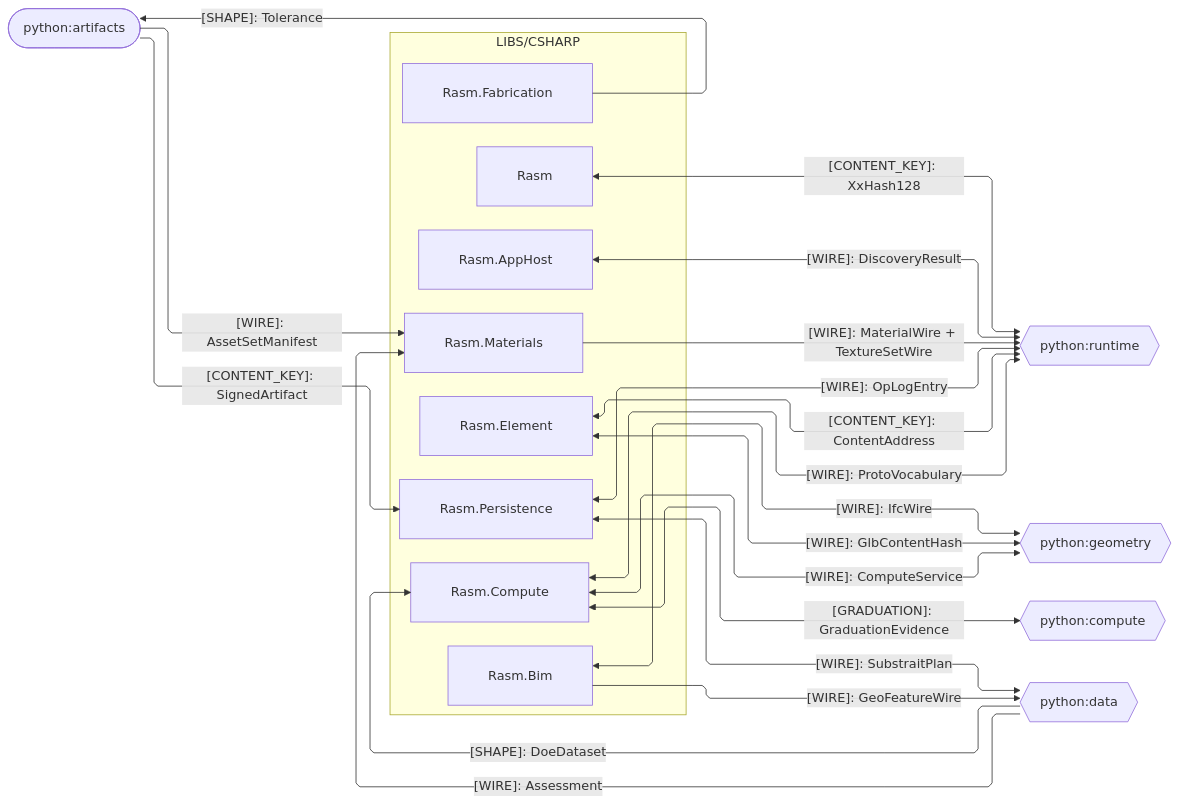
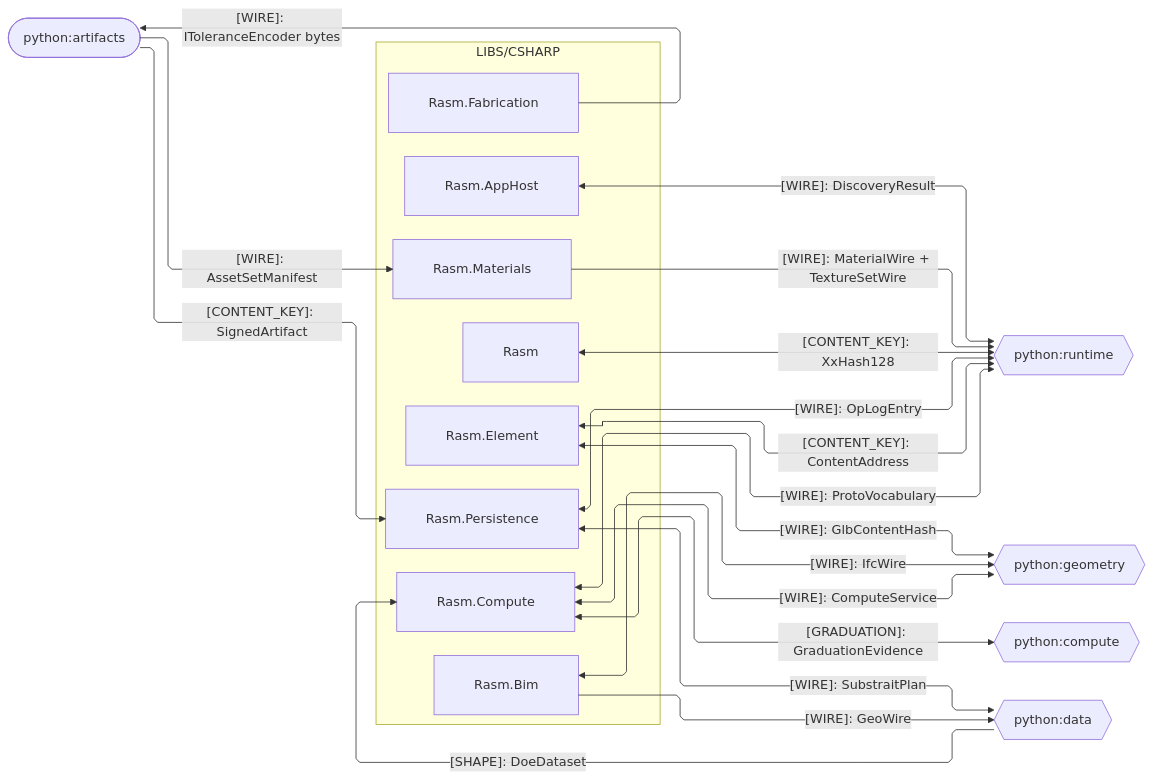
One commit to bsamiee/Rasm changed the second of 5 diagrams in libs/csharp/.planning/ARCHITECTURE.md. Above: the diagram before and after it, drawn with Mermaid. The commit also changed other lines of this file and 747 other files, not shown here.

````diff
--- a/libs/csharp/.planning/ARCHITECTURE.md
+++ b/libs/csharp/.planning/ARCHITECTURE.md
@@ -110,44 +111,43 @@
 ```mermaid
 ---
 config:
   layout: elk
   flowchart:
     curve: linear
     padding: 25
 ---
 flowchart LR
     accTitle: C# branch python seam registry
     accDescr: C# packages exchanging kinded contract shapes with the python packages — data-bearing kinds and shape contracts as labeled edges — bidirectional peers as hexagons, one-way sources and sinks as stadiums.
     subgraph csharp[LIBS/CSHARP]
         Rasm[Rasm]
         Element[Rasm.Element]
         Bim[Rasm.Bim]
         Materials[Rasm.Materials]
         Fabrication[Rasm.Fabrication]
         AppHost[Rasm.AppHost]
         Compute[Rasm.Compute]
         Persistence[Rasm.Persistence]
     end
     PyRuntime{{python:runtime}}
     PyGeometry{{python:geometry}}
     PyCompute{{python:compute}}
     PyData{{python:data}}
     PyArtifacts([python:artifacts])
     Rasm <-->|"[CONTENT_KEY]: XxHash128"| PyRuntime
     Element <-->|"[WIRE]: GlbContentHash"| PyGeometry
     Element <-->|"[CONTENT_KEY]: ContentAddress"| PyRuntime
     Bim <-->|"[WIRE]: IfcWire"| PyGeometry
-    Bim -->|"[WIRE]: GeoFeatureWire"| PyData
-    PyData -->|"[WIRE]: Assessment"| Materials
+    Bim -->|"[WIRE]: GeoWire"| PyData
     Materials -->|"[WIRE]: MaterialWire + TextureSetWire"| PyRuntime
     PyArtifacts -->|"[WIRE]: AssetSetManifest"| Materials
-    Fabrication -->|"[SHAPE]: Tolerance"| PyArtifacts
+    Fabrication -->|"[WIRE]: IToleranceEncoder bytes"| PyArtifacts
     AppHost <-->|"[WIRE]: DiscoveryResult"| PyRuntime
     Compute <-->|"[WIRE]: ComputeService"| PyGeometry
     Compute <-->|"[WIRE]: ProtoVocabulary"| PyRuntime
     Compute <-->|"[GRADUATION]: GraduationEvidence"| PyCompute
     PyData -->|"[SHAPE]: DoeDataset"| Compute
     Persistence <-->|"[WIRE]: OpLogEntry"| PyRuntime
     PyArtifacts -->|"[CONTENT_KEY]: SignedArtifact"| Persistence
     Persistence <-->|"[WIRE]: SubstraitPlan"| PyData
 ```
````
